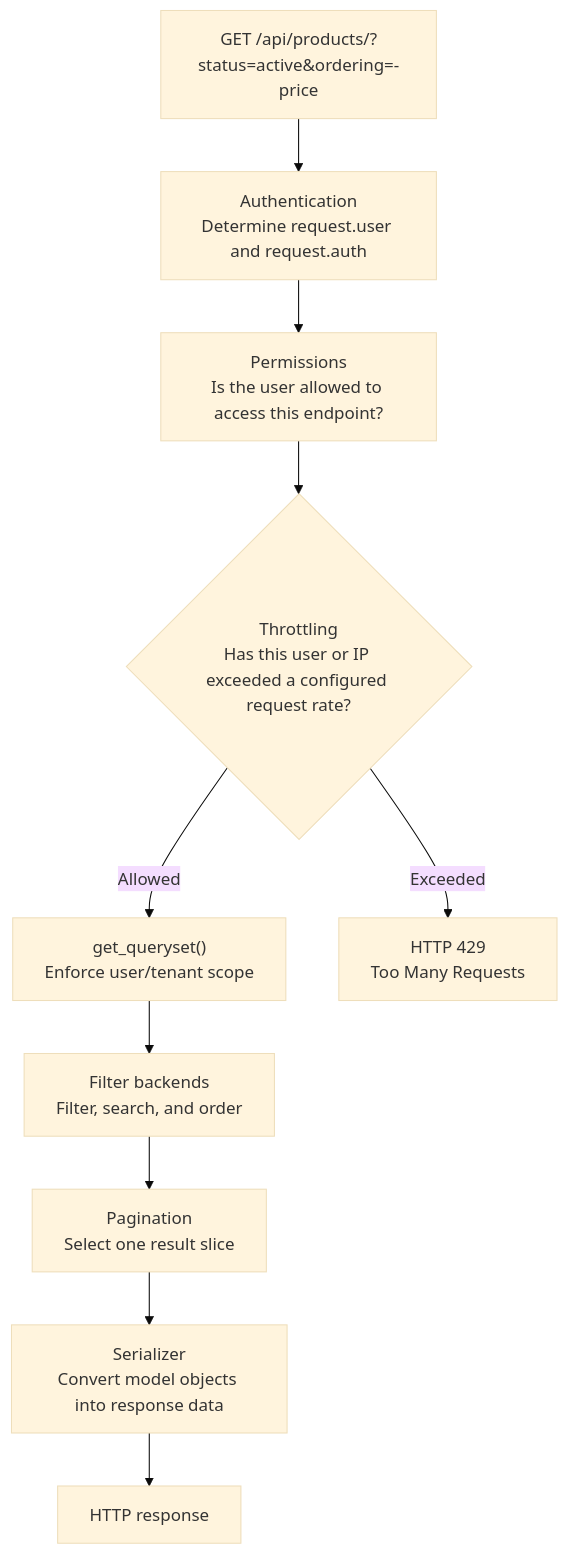
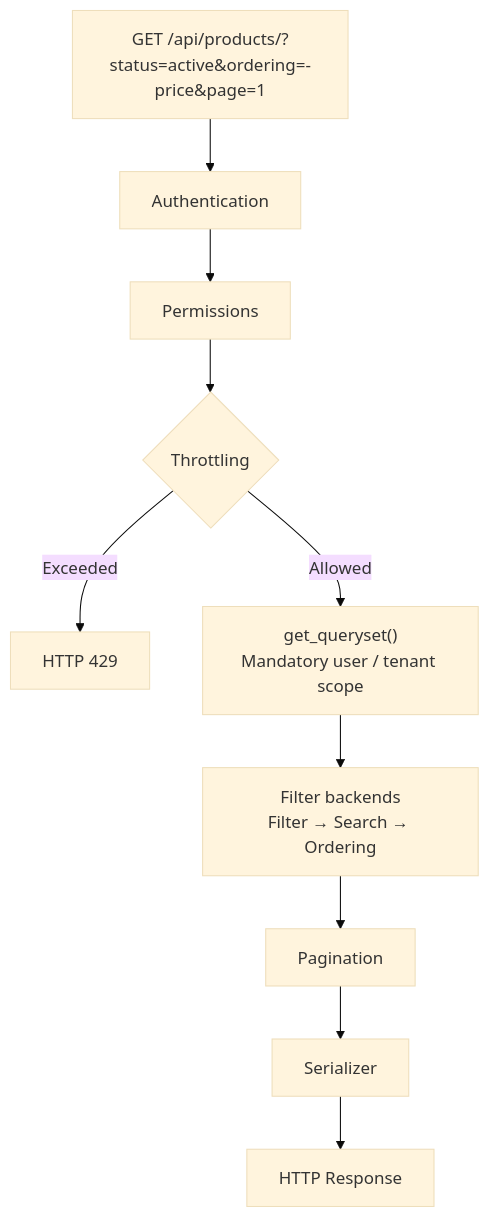
Before and after one commit to AvadhBhalodiya/Interview-Preparation: the first of 4 diagrams in src/content/drf/pagination-filtering-throttling.md, drawn with Mermaid (base theme). The commit also changed other lines of this file and 80 other files, not shown here.

````diff
--- a/src/content/drf/pagination-filtering-throttling.md
+++ b/src/content/drf/pagination-filtering-throttling.md
@@ -21,12 +54,12 @@
 ```mermaid
 flowchart TD
-    A["GET /api/products/?status=active&ordering=-price"] --> B["Authentication<br/>Determine request.user and request.auth"]
-    B --> C["Permissions<br/>Is the user allowed to access this endpoint?"]
-    C --> D{"Throttling<br/>Has this user or IP exceeded a configured request rate?"}
-    D -->|Allowed| E["get_queryset()<br/>Enforce user/tenant scope"]
-    D -->|Exceeded| F["HTTP 429<br/>Too Many Requests"]
-    E --> G["Filter backends<br/>Filter, search, and order"]
-    G --> H["Pagination<br/>Select one result slice"]
-    H --> I["Serializer<br/>Convert model objects into response data"]
-    I --> J[HTTP response]
+    A["GET /api/products/?status=active&ordering=-price&page=1"] --> B["Authentication"]
+    B --> C["Permissions"]
+    C --> D{"Throttling"}
+    D -->|Exceeded| E["HTTP 429"]
+    D -->|Allowed| F["get_queryset()<br/>Mandatory user / tenant scope"]
+    F --> G["Filter backends<br/>Filter → Search → Ordering"]
+    G --> H["Pagination"]
+    H --> I["Serializer"]
+    I --> J["HTTP Response"]
 ```
````
